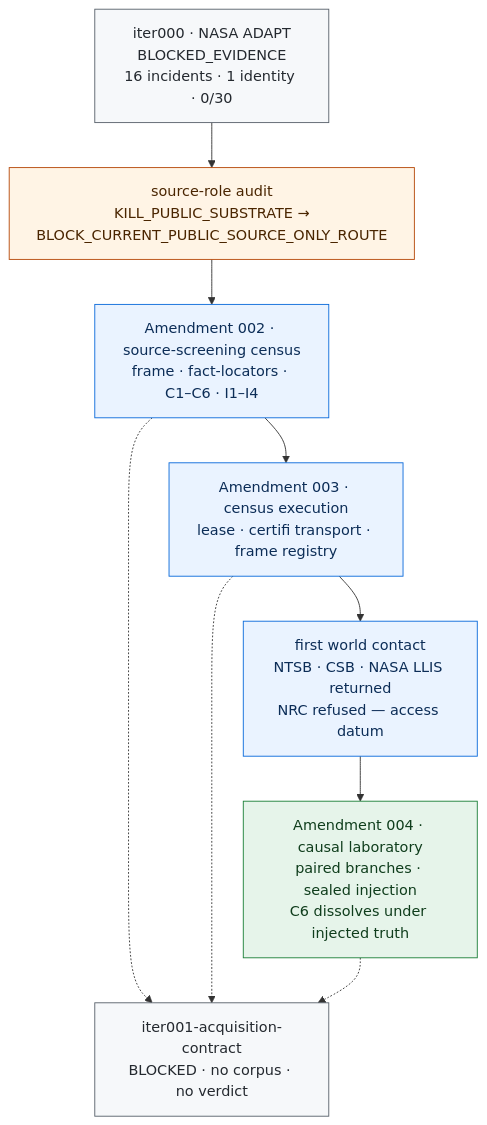
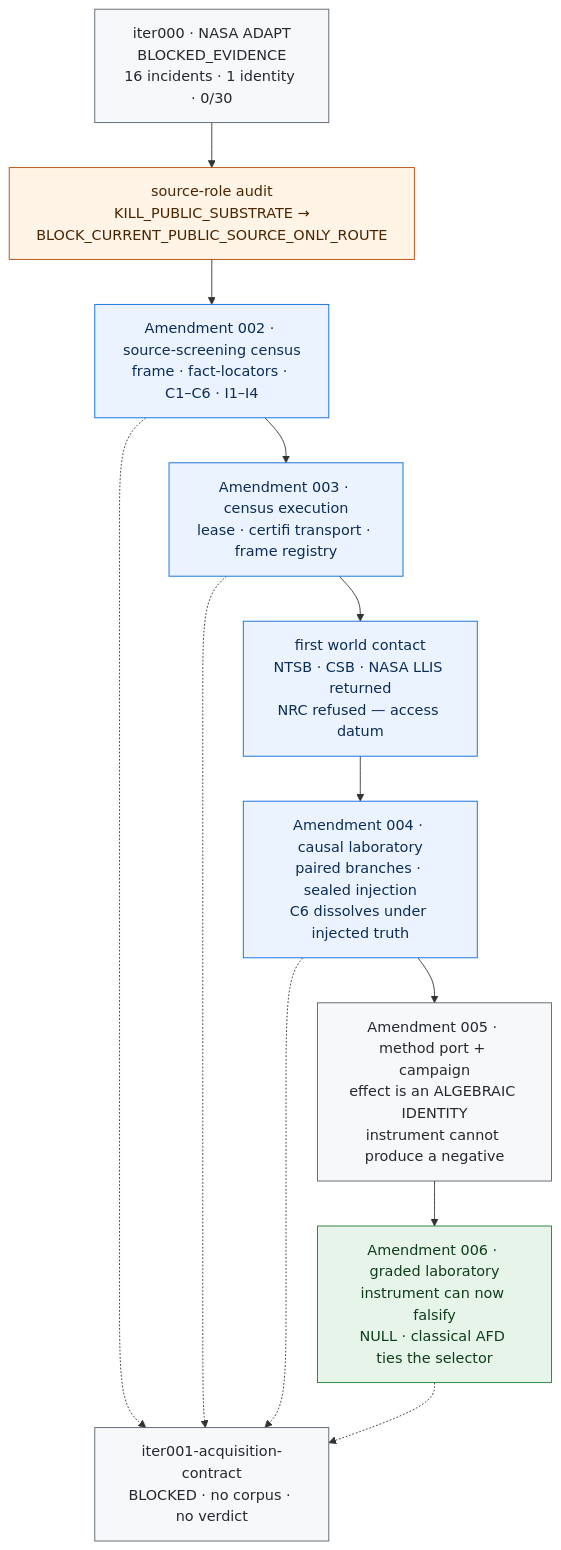
Before and after one commit to manfromnowhere143/inbar: the second of 3 diagrams in README.md, drawn with Mermaid. The commit also changed other lines of this file and 3 other files, not shown here.

````diff
--- a/README.md
+++ b/README.md
@@ -80,22 +96,25 @@
 ```mermaid
 flowchart TB
   I000["iter000 · NASA ADAPT<br/>BLOCKED_EVIDENCE<br/>16 incidents · 1 identity · 0/30"]
   SRC["source-role audit<br/>KILL_PUBLIC_SUBSTRATE →<br/>BLOCK_CURRENT_PUBLIC_SOURCE_ONLY_ROUTE"]
   A002["Amendment 002 · source-screening census<br/>frame · fact-locators · C1–C6 · I1–I4"]
   A003["Amendment 003 · census execution<br/>lease · certifi transport · frame registry"]
   WC["first world contact<br/>NTSB · CSB · NASA LLIS returned<br/>NRC refused — access datum"]
   A004["Amendment 004 · causal laboratory<br/>paired branches · sealed injection<br/>C6 dissolves under injected truth"]
+  A005["Amendment 005 · method port + campaign<br/>effect is an ALGEBRAIC IDENTITY<br/>instrument cannot produce a negative"]
+  A006["Amendment 006 · graded laboratory<br/>instrument can now falsify<br/>NULL · classical AFD ties the selector"]
   BLK["iter001-acquisition-contract<br/>BLOCKED · no corpus · no verdict"]
-  I000-->SRC-->A002-->A003-->WC-->A004
+  I000-->SRC-->A002-->A003-->WC-->A004-->A005-->A006
   A002-.->BLK
   A003-.->BLK
   A004-.->BLK
+  A006-.->BLK
   classDef null fill:#f6f8fa,stroke:#57606a,color:#24292f;
   classDef complete fill:#eaf3ff,stroke:#0969da,color:#0c2d57;
   classDef corrected fill:#fff4e5,stroke:#b54708,color:#4a2500;
   classDef active fill:#e6f4ea,stroke:#1a7f37,color:#0f3d1c;
-  class I000,BLK null;
+  class I000,BLK,A005 null;
   class SRC corrected;
-  class A002,A003,WC complete;
-  class A004 active;
+  class A002,A003,WC,A004 complete;
+  class A006 active;
 ```
````
